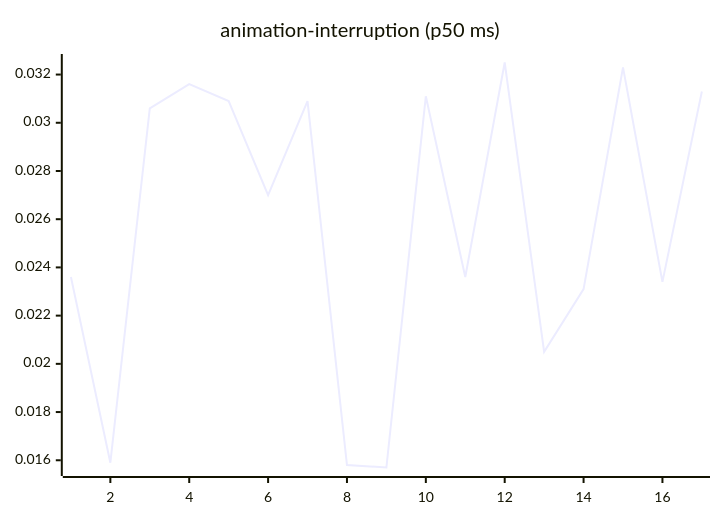
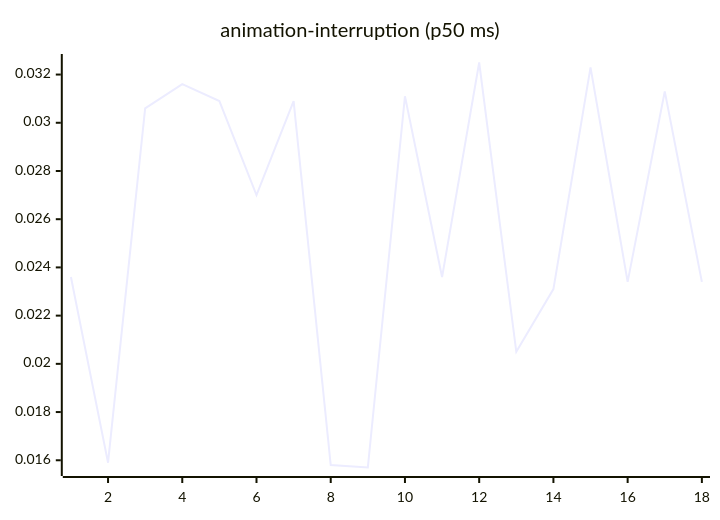
The third of 27 diagrams in README.md (josha/Facet), drawn with Mermaid before and after one commit. The commit also changed other lines of this file and 2 other files, not shown here.

````diff
--- a/README.md
+++ b/README.md
@@ -77,6 +77,6 @@
 ```mermaid
 xychart-beta
     title "animation-interruption (p50 ms)"
-    x-axis 1 --> 17
-    line [0.0236, 0.0159, 0.0306, 0.0316, 0.0309, 0.0270, 0.0309, 0.0158, 0.0157, 0.0311, 0.0236, 0.0325, 0.0205, 0.0231, 0.0323, 0.0234, 0.0313]
+    x-axis 1 --> 18
+    line [0.0236, 0.0159, 0.0306, 0.0316, 0.0309, 0.0270, 0.0309, 0.0158, 0.0157, 0.0311, 0.0236, 0.0325, 0.0205, 0.0231, 0.0323, 0.0234, 0.0313, 0.0234]
 ```
````
